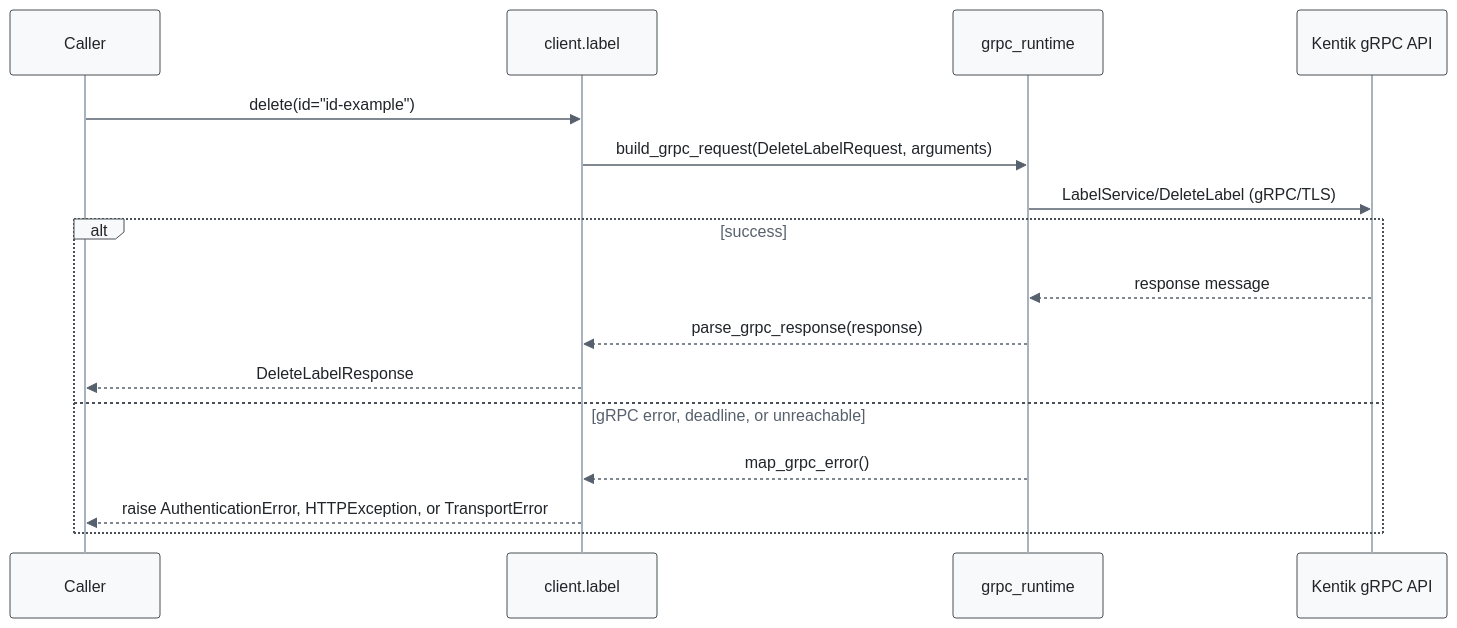
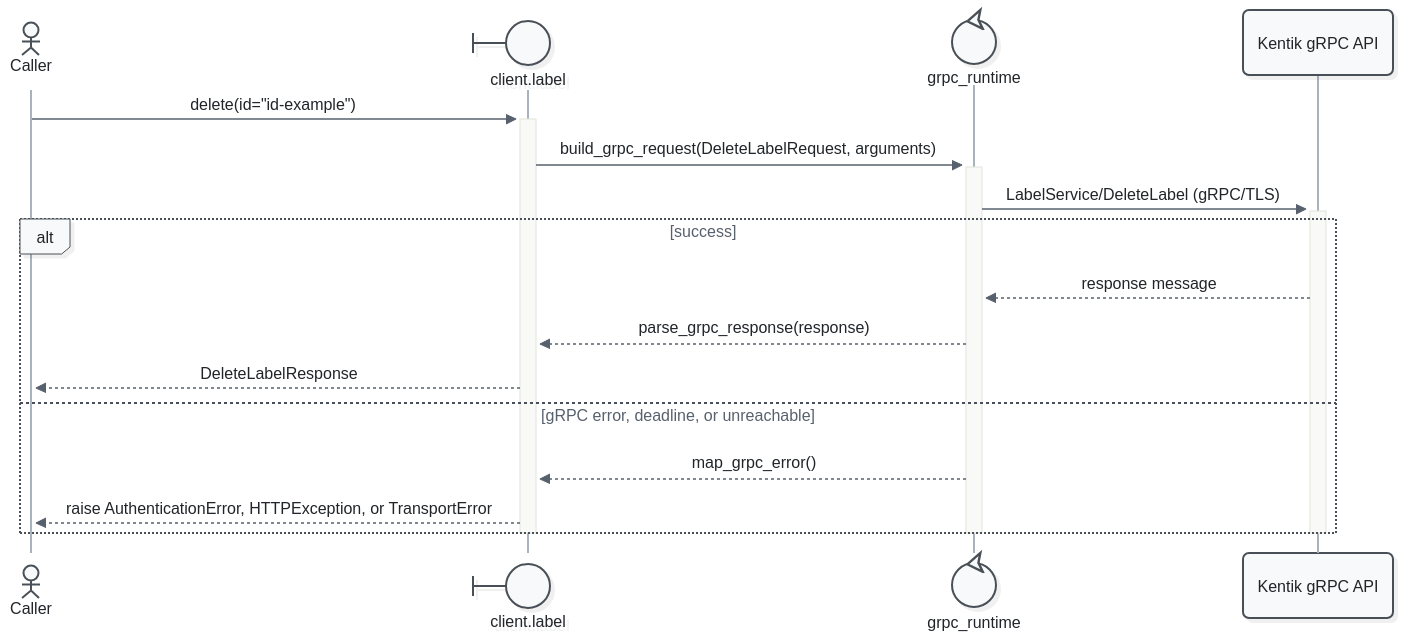
Before and after one commit to alexdearaujo/community_sdk_python: the eighth of 9 diagrams in docs/sphinx/services/label.md, drawn with Mermaid. The commit also changed other lines of this file and 52 other files, not shown here.

First line of the commit message:
docs: Mermaid 12 sequence diagrams with participant types and path colors

````diff
--- a/docs/sphinx/services/label.md
+++ b/docs/sphinx/services/label.md
@@ -285,20 +302,23 @@
 ```mermaid
-%%{init: {"theme": "base", "fontFamily": "ui-monospace, SFMono-Regular, Menlo, monospace", "themeVariables": {"fontFamily": "ui-monospace, SFMono-Regular, Menlo, monospace", "primaryColor": "#f8f9fa", "primaryBorderColor": "#495057", "primaryTextColor": "#212529", "textColor": "#212529", "lineColor": "#77818c", "edgeLabelBackground": "#ffffff", "actorBkg": "#f8f9fa", "actorBorder": "#495057", "actorTextColor": "#212529", "actorLineColor": "#a9b3be", "signalColor": "#57616d", "signalTextColor": "#212529", "labelBoxBkgColor": "#f8f9fa", "labelBoxBorderColor": "#495057", "labelTextColor": "#212529", "loopTextColor": "#57616d", "noteBkgColor": "#fff9db", "noteBorderColor": "#f08c00", "noteTextColor": "#a35a00"}, "flowchart": {"curve": "step", "nodeSpacing": 30, "rankSpacing": 70, "wrappingWidth": 400}}}%%
+%%{init: {"theme": "redux", "look": "neo", "layout": "dagre", "fontFamily": "ui-monospace, SFMono-Regular, Menlo, monospace", "themeVariables": {"fontFamily": "ui-monospace, SFMono-Regular, Menlo, monospace", "primaryColor": "#f8f9fa", "primaryBorderColor": "#495057", "primaryTextColor": "#212529", "textColor": "#212529", "lineColor": "#77818c", "edgeLabelBackground": "#ffffff", "actorBkg": "#f8f9fa", "actorBorder": "#495057", "actorTextColor": "#212529", "actorLineColor": "#a9b3be", "signalColor": "#57616d", "signalTextColor": "#212529", "labelBoxBkgColor": "#f8f9fa", "labelBoxBorderColor": "#495057", "labelTextColor": "#212529", "loopTextColor": "#57616d", "noteBkgColor": "#fff9db", "noteBorderColor": "#f08c00", "noteTextColor": "#a35a00"}, "sequence": {"activationWidth": 16}, "flowchart": {"curve": "step", "nodeSpacing": 30, "rankSpacing": 70, "wrappingWidth": 400}}}%%
 sequenceDiagram
-    participant C as Caller
-    participant W as client.label
-    participant R as grpc_runtime
+    actor C as Caller
+    participant W@{ "type": "boundary" } as client.label
+    participant R@{ "type": "control" } as grpc_runtime
     participant API as Kentik gRPC API
 
-    C->>W: delete(id="id-example")
-    W->>R: build_grpc_request(DeleteLabelRequest, arguments)
-    R->>API: LabelService/DeleteLabel (gRPC/TLS)
+    C->>+W: delete(id="id-example")
+    W->>+R: build_grpc_request(DeleteLabelRequest, arguments)
+    R->>+API: LabelService/DeleteLabel (gRPC/TLS)
     alt success
         API-->>R: response message
         R-->>W: parse_grpc_response(response)
         W-->>C: DeleteLabelResponse
     else gRPC error, deadline, or unreachable
         R-->>W: map_grpc_error()
         W-->>C: raise AuthenticationError, HTTPException, or TransportError
     end
+    deactivate API
+    deactivate R
+    deactivate W
 ```
````
